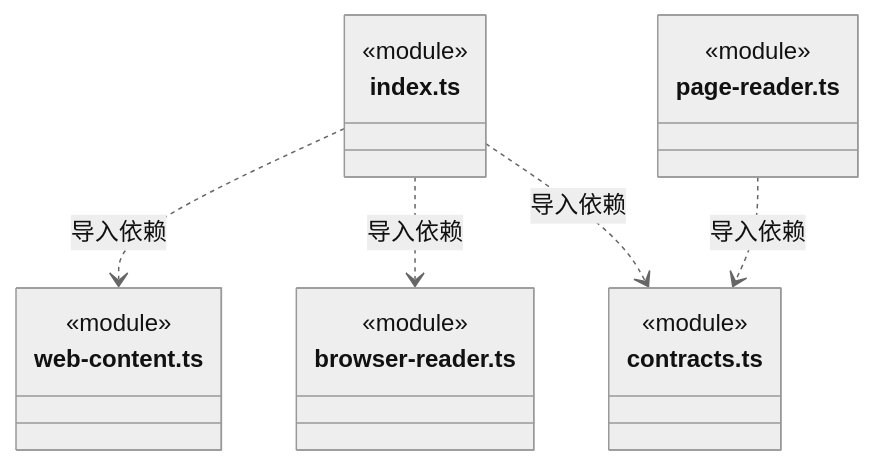
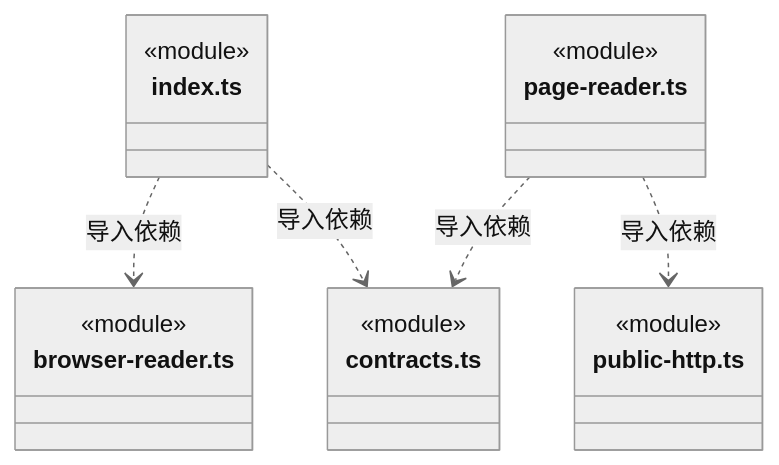
Before and after one commit to nan023062/cbim: diagram 14 of 15 in src/foundations/web/ARCHITECTURE.md, drawn with Mermaid (neutral theme). The commit also changed other lines of this file and 33 other files, not shown here.

````diff
--- a/src/foundations/web/ARCHITECTURE.md
+++ b/src/foundations/web/ARCHITECTURE.md
@@ -214,22 +265,22 @@
 ```mermaid
 classDiagram
 class N_src_foundations_web_index_ts["index.ts"] {
-  <<module>>
-}
-class N_src_foundations_web_web_content_ts["web-content.ts"] {
   <<module>>
 }
 class N_src_foundations_web_browser_reader_ts["browser-reader.ts"] {
   <<module>>
 }
 class N_src_foundations_web_contracts_ts["contracts.ts"] {
   <<module>>
 }
 class N_src_foundations_web_page_reader_ts["page-reader.ts"] {
   <<module>>
 }
-N_src_foundations_web_index_ts ..> N_src_foundations_web_web_content_ts : 导入依赖
+class N_src_foundations_web_public_http_ts["public-http.ts"] {
+  <<module>>
+}
 N_src_foundations_web_index_ts ..> N_src_foundations_web_browser_reader_ts : 导入依赖
 N_src_foundations_web_index_ts ..> N_src_foundations_web_contracts_ts : 导入依赖
 N_src_foundations_web_page_reader_ts ..> N_src_foundations_web_contracts_ts : 导入依赖
+N_src_foundations_web_page_reader_ts ..> N_src_foundations_web_public_http_ts : 导入依赖
 ```
````
